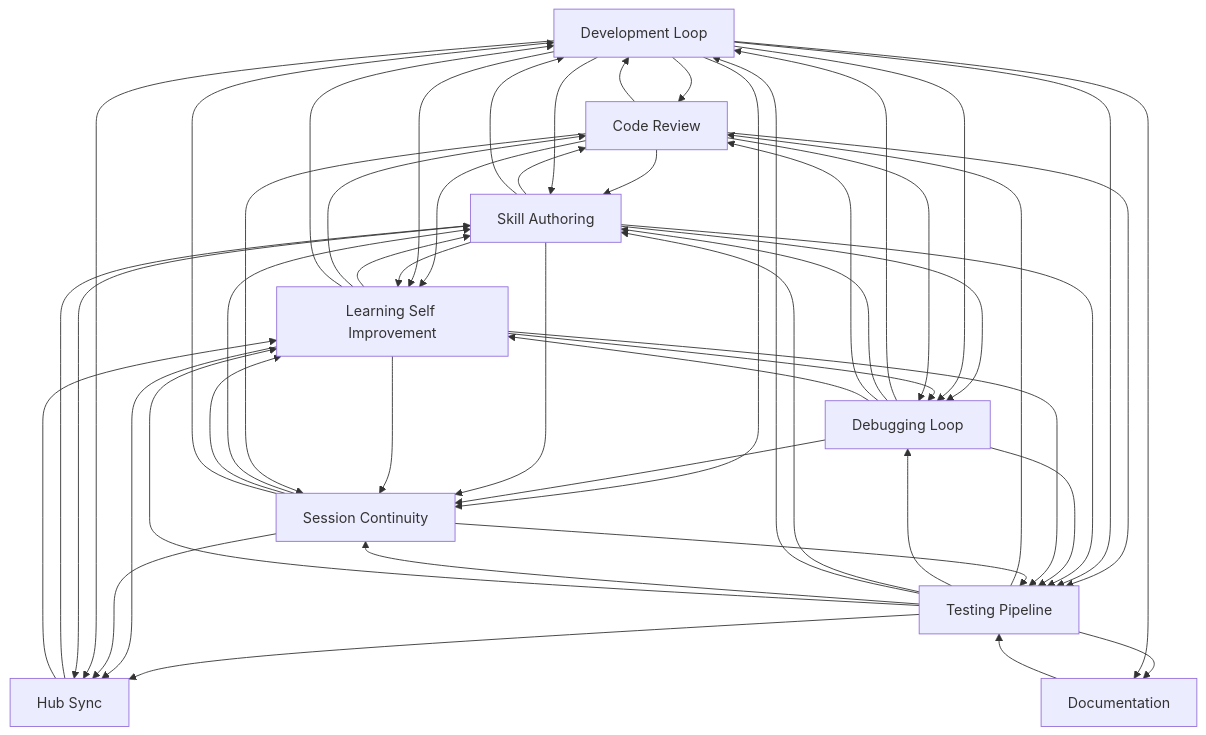
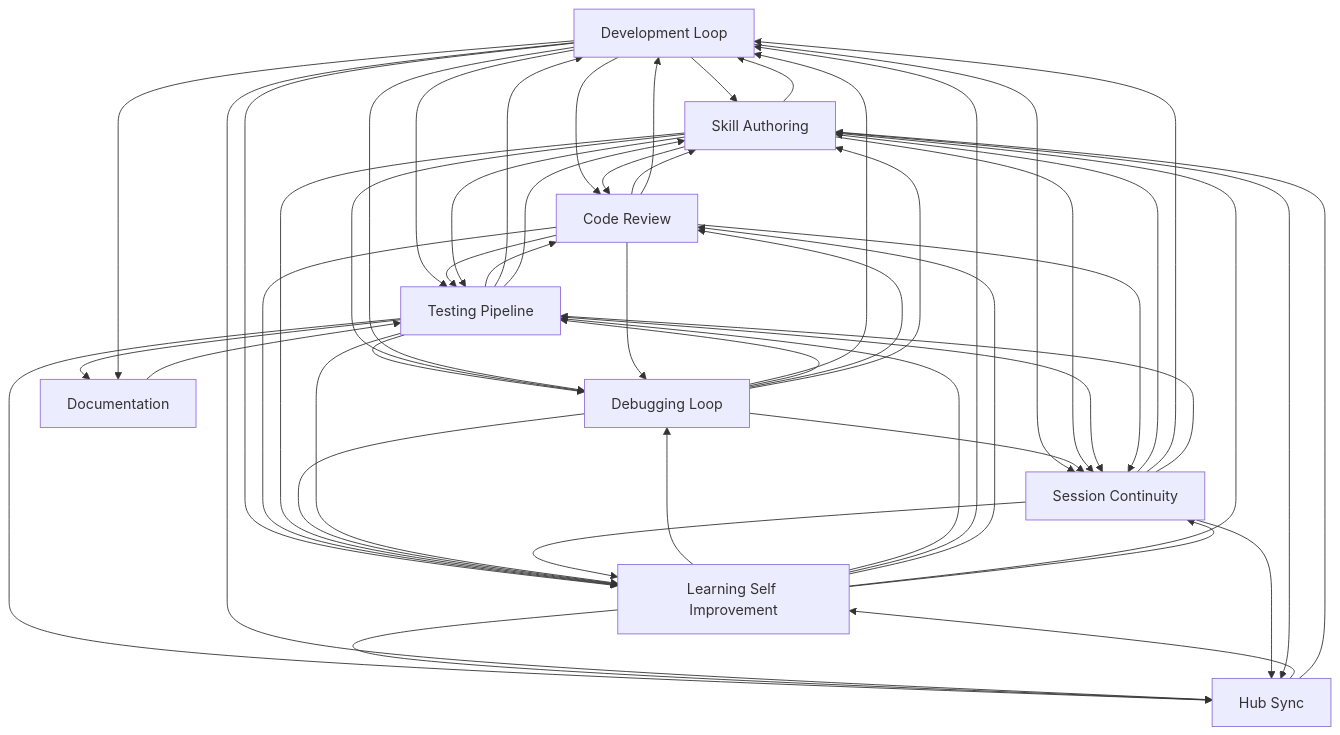
Before and after one commit to abhayla/claude-best-practices: the diagram in docs/workflows/INDEX.md, drawn with Mermaid. The commit also changed other lines of this file and 11 other files, not shown here.

````diff
--- a/docs/workflows/INDEX.md
+++ b/docs/workflows/INDEX.md
@@ -21,62 +21,62 @@
 ```mermaid
 graph TD
     development_loop[Development Loop]
     testing_pipeline[Testing Pipeline]
     debugging_loop[Debugging Loop]
     learning_self_improvement[Learning Self Improvement]
     session_continuity[Session Continuity]
     skill_authoring[Skill Authoring]
     code_review[Code Review]
     documentation[Documentation]
     hub_sync[Hub Sync]
     documentation --> testing_pipeline
+    development_loop --> skill_authoring
+    development_loop --> code_review
     code_review --> skill_authoring
     code_review --> development_loop
-    development_loop --> code_review
-    development_loop --> skill_authoring
+    development_loop --> testing_pipeline
+    development_loop --> learning_self_improvement
+    code_review --> testing_pipeline
     code_review --> learning_self_improvement
-    code_review --> testing_pipeline
-    development_loop --> learning_self_improvement
-    development_loop --> testing_pipeline
     testing_pipeline --> code_review
     testing_pipeline --> debugging_loop
+    testing_pipeline --> development_loop
     testing_pipeline --> skill_authoring
-    testing_pipeline --> development_loop
+    skill_authoring --> development_loop
     skill_authoring --> code_review
-    skill_authoring --> development_loop
+    skill_authoring --> testing_pipeline
     skill_authoring --> learning_self_improvement
-    skill_authoring --> testing_pipeline
     development_loop --> session_continuity
+    debugging_loop --> development_loop
+    debugging_loop --> session_continuity
+    skill_authoring --> session_continuity
     testing_pipeline --> session_continuity
-    debugging_loop --> session_continuity
-    debugging_loop --> development_loop
-    skill_authoring --> session_continuity
+    debugging_loop --> testing_pipeline
+    debugging_loop --> code_review
     debugging_loop --> skill_authoring
-    debugging_loop --> code_review
-    debugging_loop --> testing_pipeline
     skill_authoring --> debugging_loop
     development_loop --> debugging_loop
+    debugging_loop --> learning_self_improvement
     testing_pipeline --> learning_self_improvement
-    debugging_loop --> learning_self_improvement
     learning_self_improvement --> debugging_loop
+    learning_self_improvement --> testing_pipeline
+    learning_self_improvement --> development_loop
+    learning_self_improvement --> code_review
     learning_self_improvement --> skill_authoring
-    learning_self_improvement --> code_review
-    learning_self_improvement --> development_loop
-    learning_self_improvement --> testing_pipeline
     code_review --> debugging_loop
     learning_self_improvement --> session_continuity
     code_review --> session_continuity
     testing_pipeline --> hub_sync
     learning_self_improvement --> hub_sync
+    development_loop --> hub_sync
+    session_continuity --> learning_self_improvement
     session_continuity --> skill_authoring
-    session_continuity --> learning_self_improvement
     session_continuity --> hub_sync
-    development_loop --> hub_sync
     testing_pipeline --> documentation
     development_loop --> documentation
     session_continuity --> development_loop
     session_continuity --> testing_pipeline
     skill_authoring --> hub_sync
+    hub_sync --> learning_self_improvement
     hub_sync --> skill_authoring
-    hub_sync --> learning_self_improvement
 ```
````
